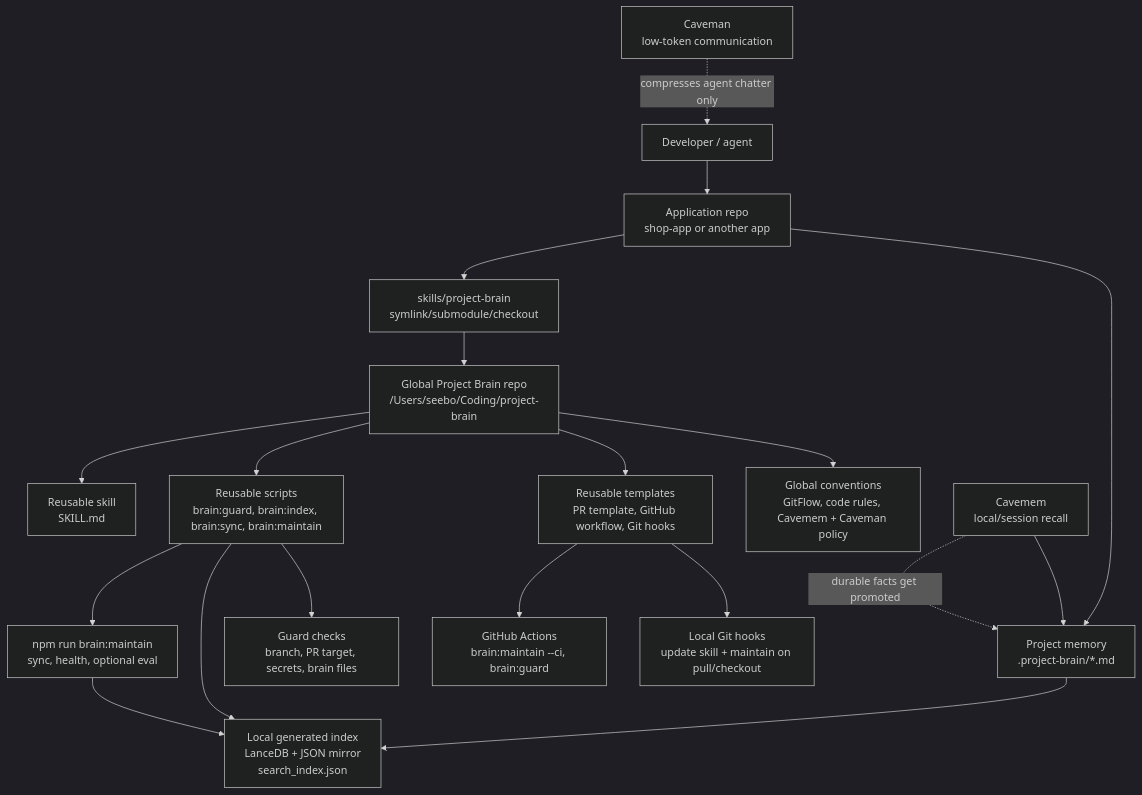
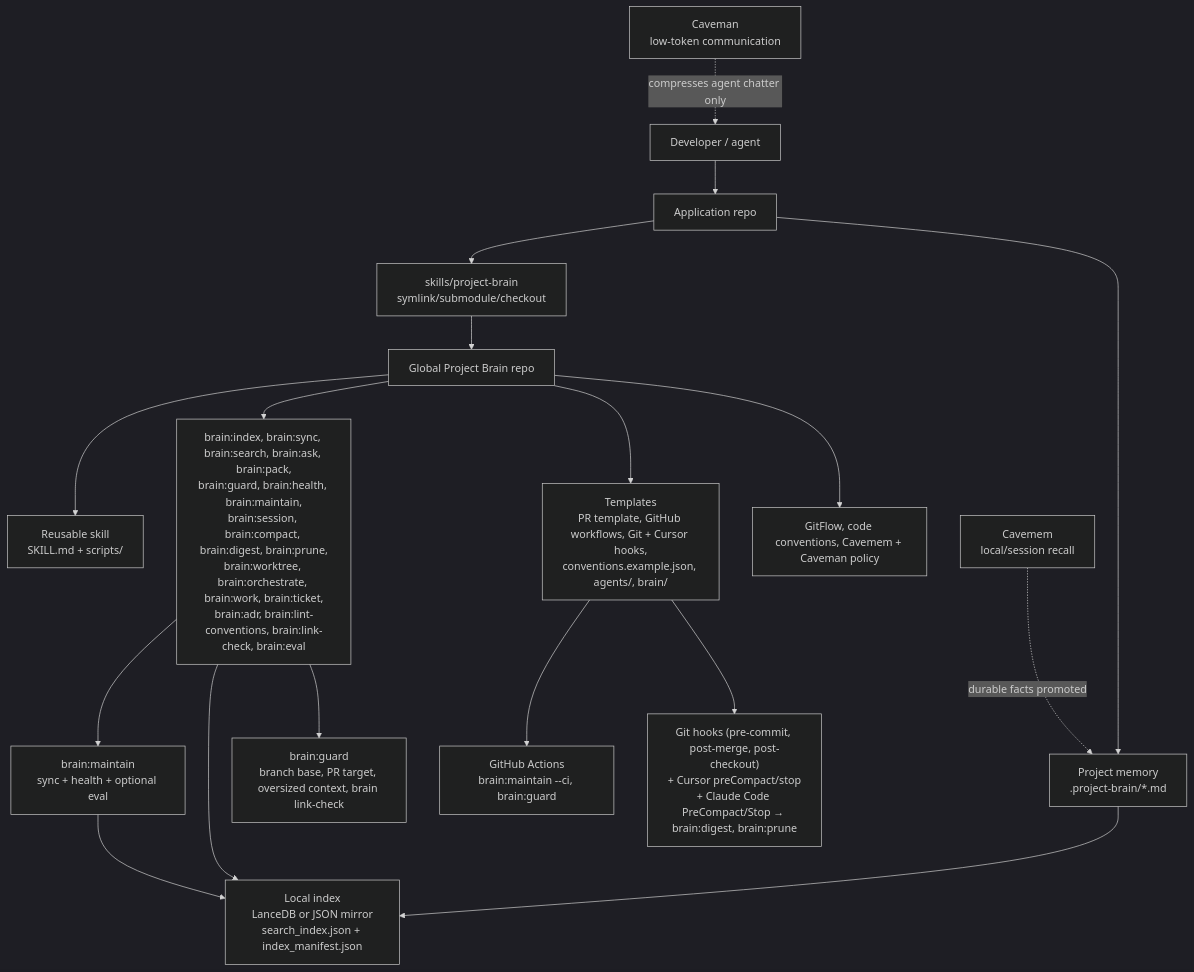
One commit to nicenoize/project-brain changed the first of 3 diagrams in docs/brain-architecture.md. Above: the diagram before and after it, drawn with Mermaid (dark theme). The commit also changed other lines of this file, not shown here.

First line of the commit message:
docs(brain): refresh brain-architecture with full script list + retrieval data flow

````diff
--- a/docs/brain-architecture.md
+++ b/docs/brain-architecture.md
@@ -5,24 +5,23 @@
 ```mermaid
 flowchart TD
-  Global["Global Project Brain repo<br/>/Users/seebo/Coding/project-brain"] --> Skill["Reusable skill<br/>SKILL.md"]
-  Global --> Scripts["Reusable scripts<br/>brain:guard, brain:index, brain:sync, brain:maintain"]
-  Global --> Templates["Reusable templates<br/>PR template, GitHub workflow, Git hooks"]
-  Global --> Conventions["Global conventions<br/>GitFlow, code rules, Cavemem + Caveman policy"]
+  Global["Global Project Brain repo"] --> Skill["Reusable skill<br/>SKILL.md + scripts/"]
+  Global --> Scripts["brain:index, brain:sync, brain:search, brain:ask, brain:pack,<br/>brain:guard, brain:health, brain:maintain,<br/>brain:session, brain:compact, brain:digest, brain:prune,<br/>brain:worktree, brain:orchestrate, brain:work, brain:ticket,<br/>brain:adr, brain:lint-conventions, brain:link-check, brain:eval"]
+  Global --> Templates["Templates<br/>PR template, GitHub workflows, Git + Cursor hooks,<br/>conventions.example.json, agents/, brain/"]
+  Global --> Conventions["GitFlow, code conventions, Cavemem + Caveman policy"]
 
-  App["Application repo<br/>shop-app or another app"] --> AppBrain["Project memory<br/>.project-brain/*.md"]
+  App["Application repo"] --> AppBrain["Project memory<br/>.project-brain/*.md"]
   App --> Link["skills/project-brain<br/>symlink/submodule/checkout"]
   Link --> Global
 
-  AppBrain --> Index["Local generated index<br/>LanceDB + JSON mirror<br/>search_index.json"]
+  AppBrain --> Index["Local index<br/>LanceDB or JSON mirror<br/>search_index.json + index_manifest.json"]
   Scripts --> Index
-  Scripts --> Maintain["npm run brain:maintain<br/>sync, health, optional eval"]
+  Scripts --> Maintain["brain:maintain<br/>sync + health + optional eval"]
   Maintain --> Index
-  Scripts --> Guard["Guard checks<br/>branch, PR target, secrets, brain files"]
+  Scripts --> Guard["brain:guard<br/>branch base, PR target, oversized context, brain link-check"]
   Templates --> CI["GitHub Actions<br/>brain:maintain --ci, brain:guard"]
-  Templates --> Hooks["Local Git hooks<br/>update skill + maintain on pull/checkout"]
+  Templates --> Hooks["Git hooks (pre-commit, post-merge, post-checkout)<br/>+ Cursor preCompact/stop<br/>+ Claude Code PreCompact/Stop → brain:digest, brain:prune"]
 
   Dev["Developer / agent"] --> App
-  Cavemem["Cavemem<br/>local/session recall"] --> AppBrain
-  Cavemem -. "durable facts get promoted" .-> AppBrain
+  Cavemem["Cavemem<br/>local/session recall"] -. "durable facts promoted" .-> AppBrain
   Caveman["Caveman<br/>low-token communication"] -. "compresses agent chatter only" .-> Dev
 ```
````
